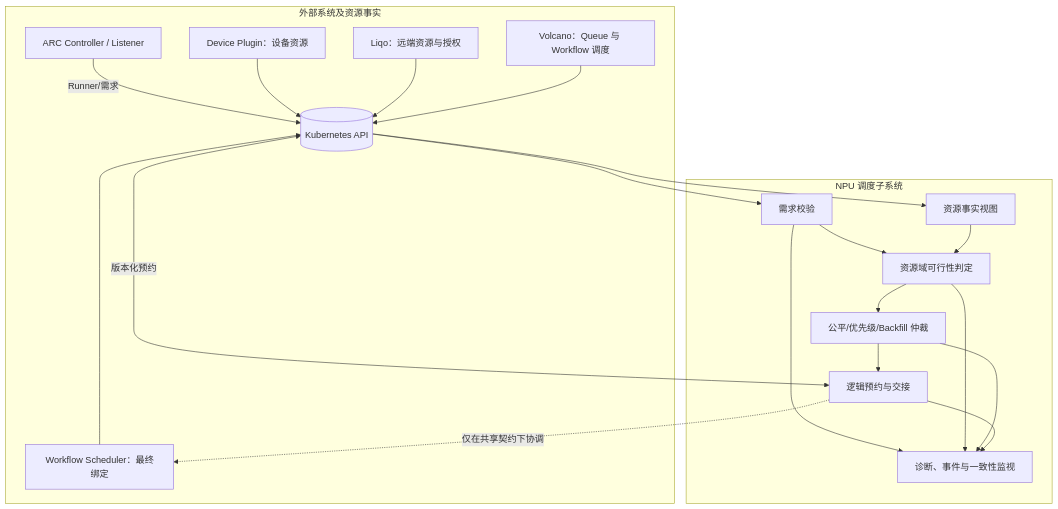
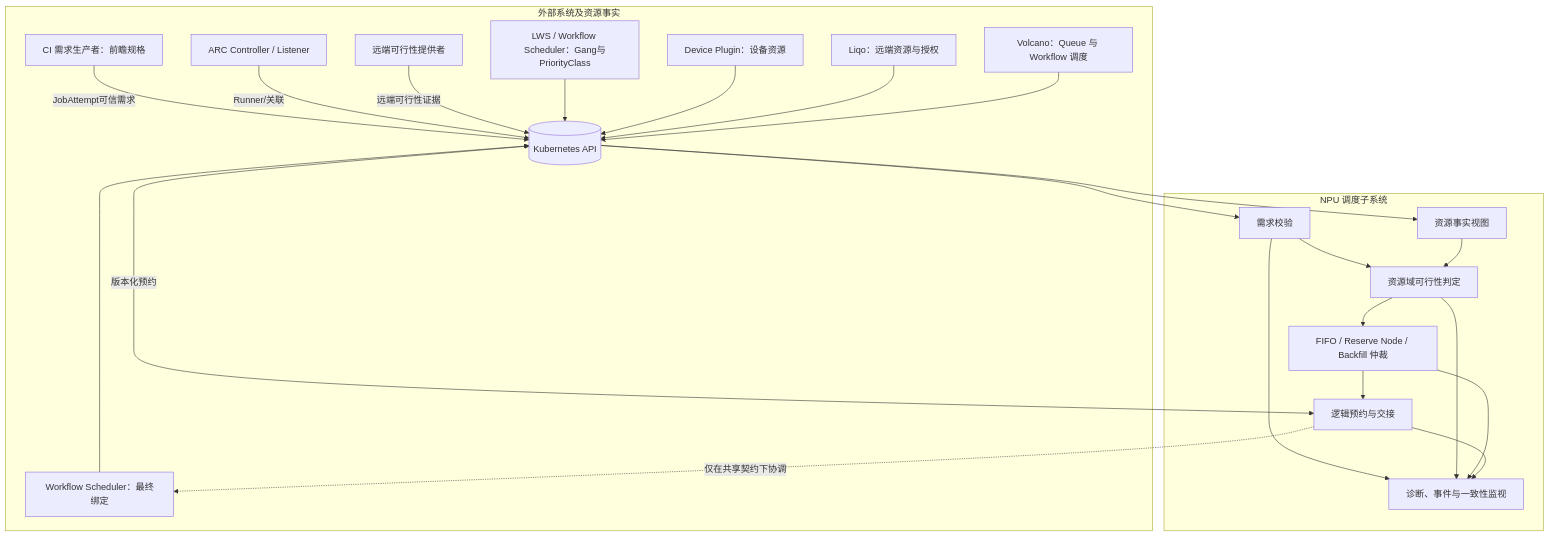
The first of 9 diagrams in docs/system-design.md (ascend-gha-runners/scheduler-plugins), drawn with Mermaid before and after one commit. The commit also changed other lines of this file, not shown here.

Commit message:
docs: specify CI producer and JobAttempt demand protocol before ARC scheduling

```diff
--- a/docs/system-design.md
+++ b/docs/system-design.md
@@ -86,35 +86,41 @@
 ~~~mermaid
 flowchart TB
   subgraph EXT["外部系统及资源事实"]
     ARC["ARC Controller / Listener"]
+    INP["CI 需求生产者：前瞻规格"]
+    REM["远端可行性提供者"]
+    LWS["LWS / Workflow Scheduler：Gang与PriorityClass"]
     API[("Kubernetes API")]
     LIQO["Liqo：远端资源与授权"]
     VQ["Volcano：Queue 与 Workflow 调度"]
     DEVICE["Device Plugin：设备资源"]
     WF["Workflow Scheduler：最终绑定"]
   end
   subgraph S["NPU 调度子系统"]
     DEM["需求校验"]
     SNAP["资源事实视图"]
     FEAS["资源域可行性判定"]
-    FAIR["公平/优先级/Backfill 仲裁"]
+    FAIR["FIFO / Reserve Node / Backfill 仲裁"]
     RES["逻辑预约与交接"]
     DIAG["诊断、事件与一致性监视"]
   end
-  ARC -->|"Runner/需求"| API
+  INP -->|"JobAttempt可信需求"| API
+  ARC -->|"Runner/关联"| API
+  REM -->|"远端可行性证据"| API
+  LWS --> API
   DEVICE --> API
   LIQO --> API
   VQ --> API
   API --> DEM
   API --> SNAP
   DEM --> FEAS
   SNAP --> FEAS
   FEAS --> FAIR --> RES
   RES <-->|"版本化预约"| API
   RES -.->|"仅在共享契约下协调"| WF
   WF --> API
   DEM --> DIAG
   FEAS --> DIAG
   FAIR --> DIAG
   RES --> DIAG
 ~~~
```
